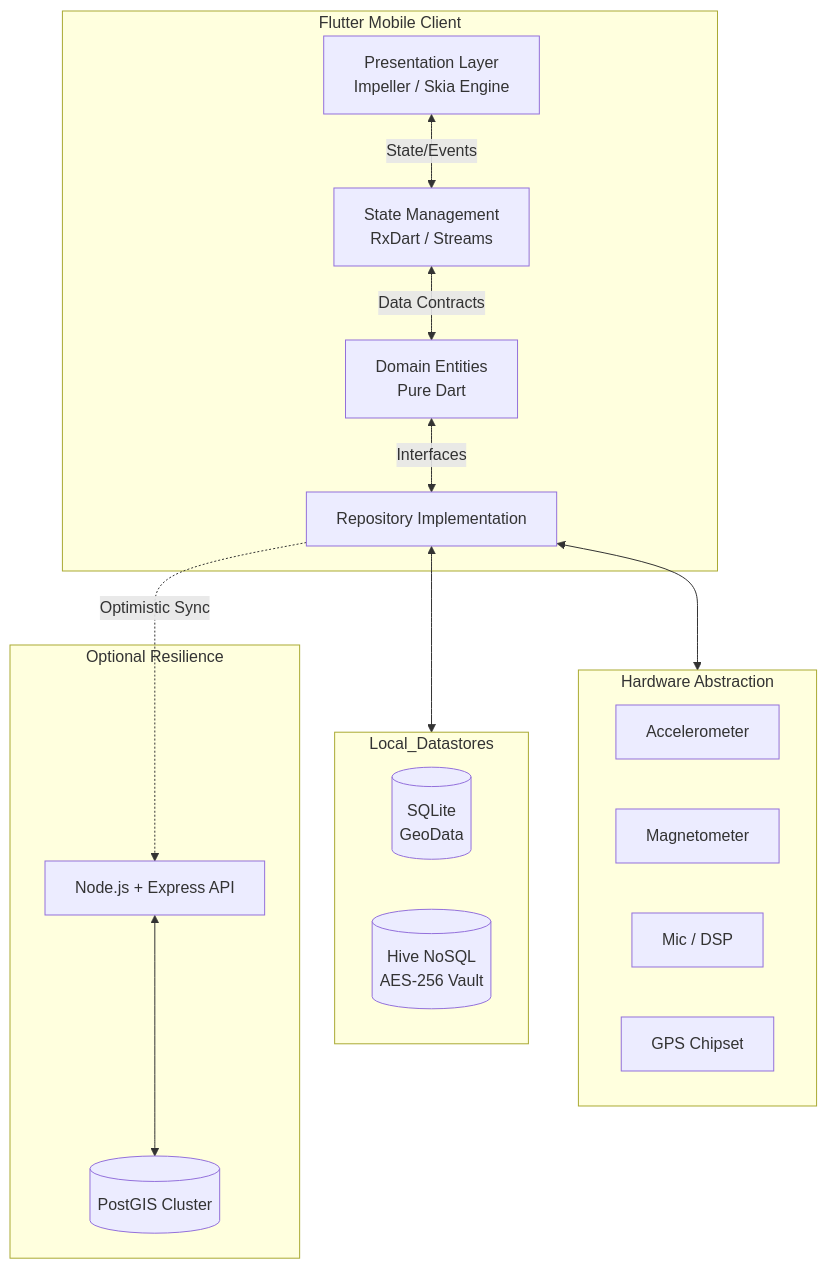
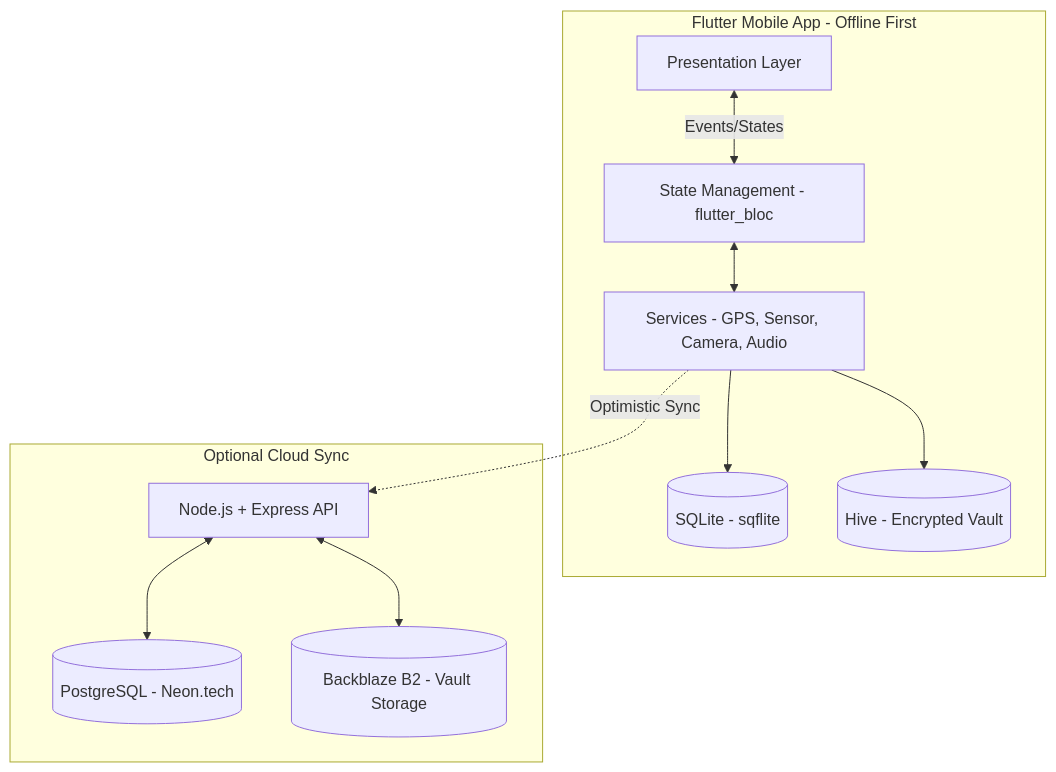
The diagram in README.md (rajkrish0608/Offline-Survival-Companion), drawn with Mermaid before and after one commit. The commit also changed other lines of this file, not shown here.

````diff
--- a/README.md
+++ b/README.md
@@ -76,35 +41,24 @@
 ```mermaid
 graph TD
-    subgraph Edge_Device [Flutter Mobile Client]
-        UI[Presentation Layer<br>Impeller / Skia Engine]
-        BLoC[State Management<br>RxDart / Streams]
-        Domain[Domain Entities<br>Pure Dart]
-        Data[Repository Implementation]
-        
-        UI <-->|State/Events| BLoC
-        BLoC <-->|Data Contracts| Domain
-        Domain <-->|Interfaces| Data
+    subgraph Edge_Device [Flutter Mobile App - Offline First]
+        UI[Presentation Layer]
+        BLoC[State Management - flutter_bloc]
+        Services[Services - GPS, Sensor, Camera, Audio]
+        SQLite[(SQLite - sqflite)]
+        Hive[(Hive - Encrypted Vault)]
     end
 
-    subgraph Native_Sensors [Hardware Abstraction]
-        Acc[Accelerometer]
-        Mag[Magnetometer]
-        Audio[Mic / DSP]
-        GPS[GPS Chipset]
+    subgraph Cloud_Optional [Optional Cloud Sync]
+        API[Node.js + Express API]
+        PG[(PostgreSQL - Neon.tech)]
+        B2[(Backblaze B2 - Vault Storage)]
     end
 
-    subgraph Local_Datastores
-        SQLite[(SQLite<br>GeoData)]
-        Hive[(Hive NoSQL<br>AES-256 Vault)]
-    end
-
-    subgraph Cloud_Infrastructure [Optional Resilience]
-        API[Node.js + Express API]
-        PostGIS[(PostGIS Cluster)]
-    end
-
-    Data <--> Native_Sensors
-    Data <--> Local_Datastores
-    Data -.->|Optimistic Sync| API
-    API <--> PostGIS
+    UI <-->|Events/States| BLoC
+    BLoC <--> Services
+    Services --> SQLite
+    Services --> Hive
+    Services -.->|Optimistic Sync| API
+    API <--> PG
+    API <--> B2
 ```
````
